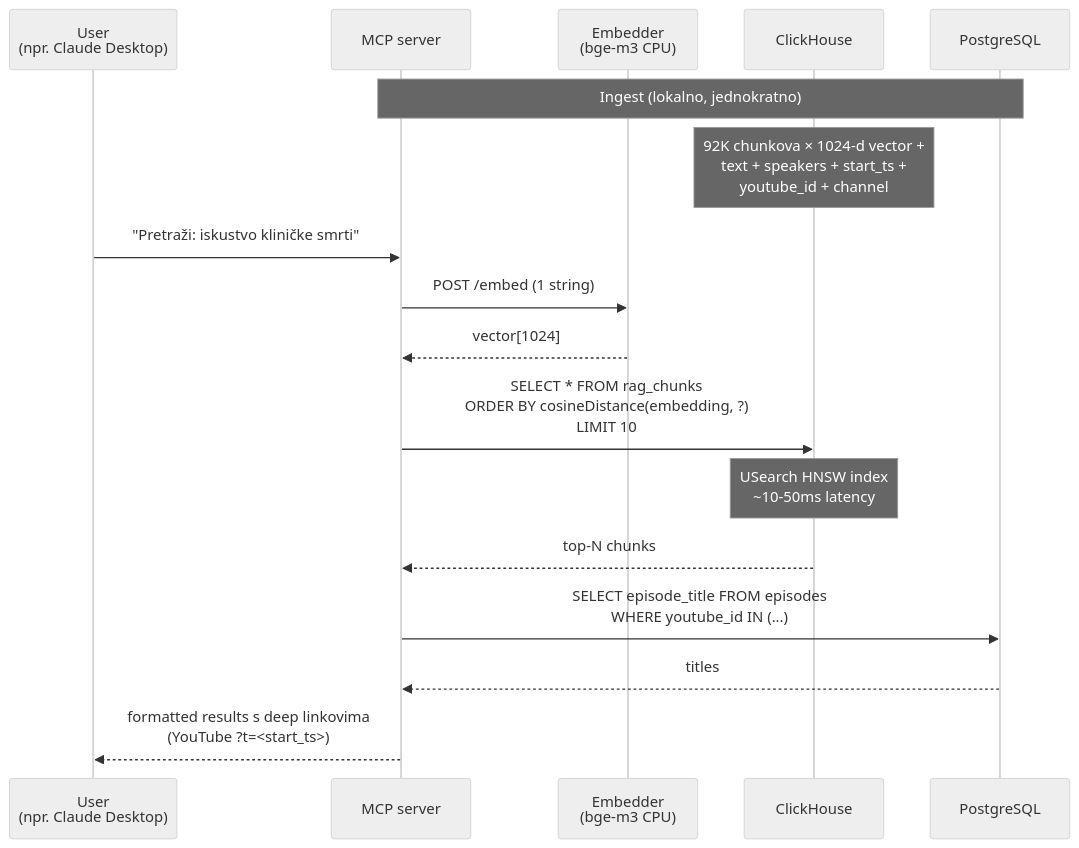
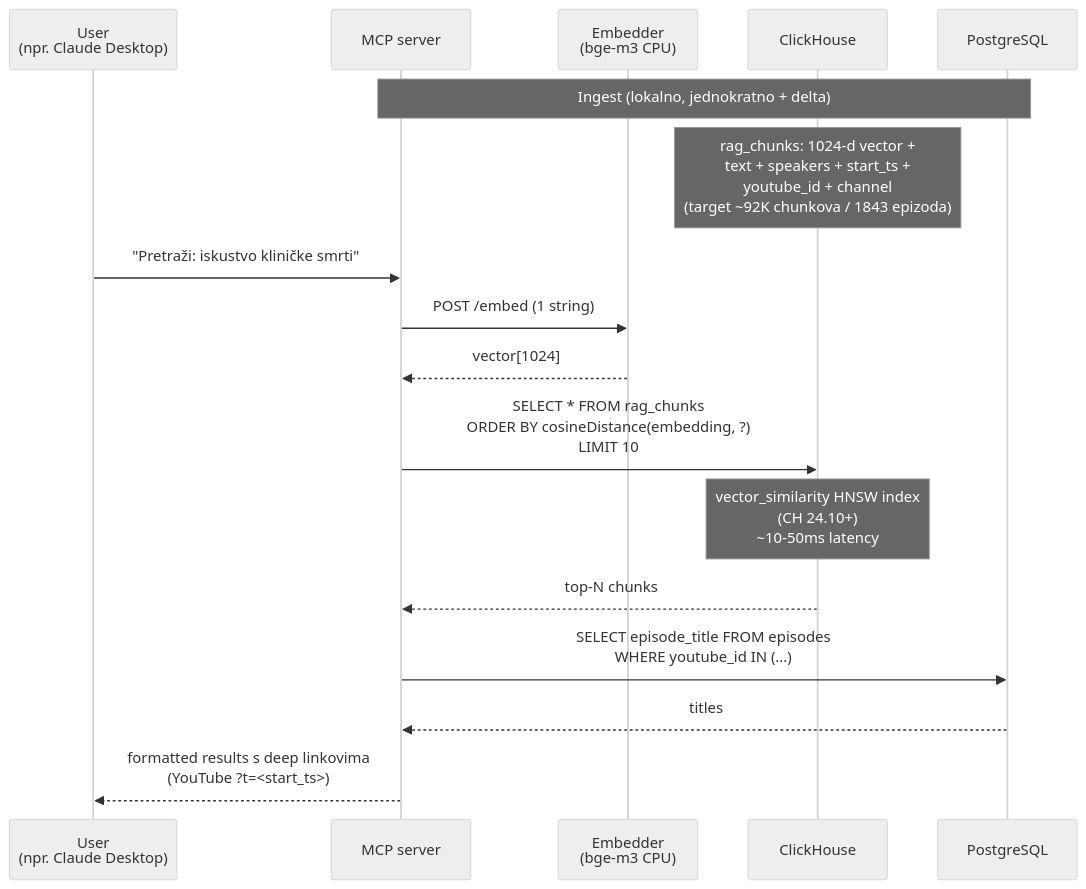
One commit to domovinatv/domovina-rag changed the second of 3 diagrams in README.md. Above: the diagram before and after it, drawn with Mermaid (neutral theme). The commit also changed other lines of this file and 2 other files, not shown here.

Commit message:
docs(fix): producer ASR je Canary (NVIDIA NeMo), ne Whisper
Halucinacije pronađene cross-checkom protiv fetch.domovina.tv producer repo-a:
- "Whisper transkripcija" → "Canary ASR (NVIDIA NeMo)" (mermaid u README + docs/README)
- "USearch HNSW indeks" → "vector_similarity HNSW (CH 24.10+)" (CLAUDE.md, README mermaid)
- Diarization diagram update: pyannote + Sortformer ensemble (matches actual producer pipeline)
- README dataflow note: "92K chunkova" reformuliran kao target (1843 ep), ne current state

Whisper je legacy iz prethodne faze producer-a; current path je transcribe_nvidia_canary.mjs
+ colab_canary/. Diarization je pyannote.audio (diarize.py) s opcionalnim Sortformer
ensemble-om (colab_sortformer/).

````diff
--- a/README.md
+++ b/README.md
@@ -70,21 +70,21 @@
 ```mermaid
 sequenceDiagram
     participant U as User<br/>(npr. Claude Desktop)
     participant MCP as MCP server
     participant E as Embedder<br/>(bge-m3 CPU)
     participant CH as ClickHouse
     participant PG as PostgreSQL
 
-    Note over MCP,PG: Ingest (lokalno, jednokratno)
-    Note over CH: 92K chunkova × 1024-d vector +<br/>text + speakers + start_ts +<br/>youtube_id + channel
+    Note over MCP,PG: Ingest (lokalno, jednokratno + delta)
+    Note over CH: rag_chunks: 1024-d vector +<br/>text + speakers + start_ts +<br/>youtube_id + channel<br/>(target ~92K chunkova / 1843 epizoda)
 
     U->>MCP: "Pretraži: iskustvo kliničke smrti"
     MCP->>E: POST /embed (1 string)
     E-->>MCP: vector[1024]
     MCP->>CH: SELECT * FROM rag_chunks<br/>ORDER BY cosineDistance(embedding, ?)<br/>LIMIT 10
-    Note over CH: USearch HNSW index<br/>~10-50ms latency
+    Note over CH: vector_similarity HNSW index<br/>(CH 24.10+)<br/>~10-50ms latency
     CH-->>MCP: top-N chunks
     MCP->>PG: SELECT episode_title FROM episodes<br/>WHERE youtube_id IN (...)
     PG-->>MCP: titles
     MCP-->>U: formatted results s deep linkovima<br/>(YouTube ?t=<start_ts>)
 ```
````
